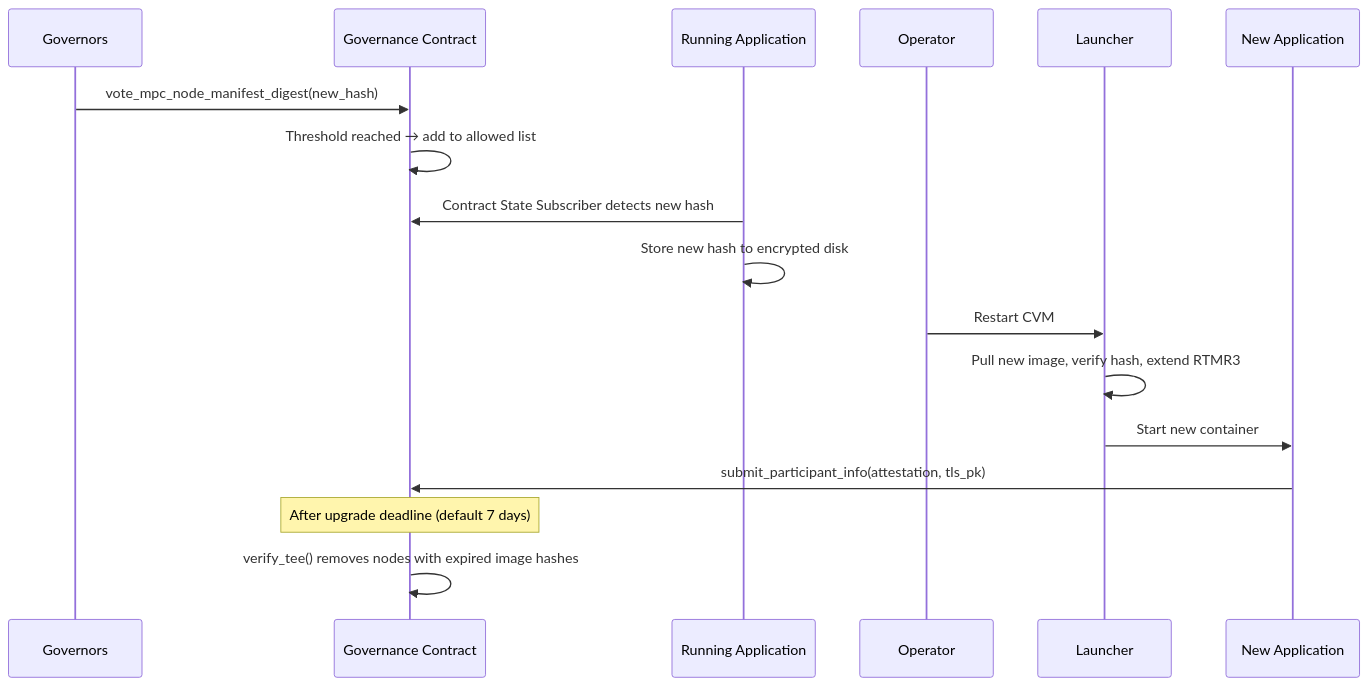
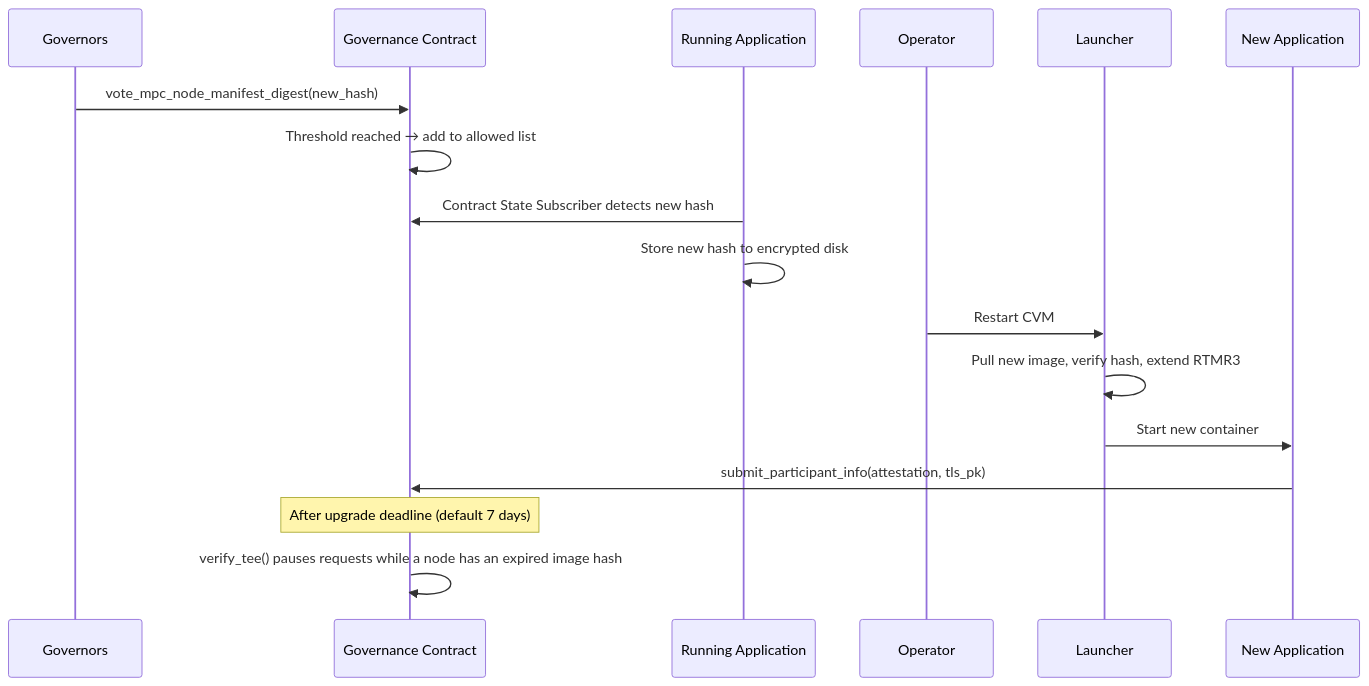
The fourth of 4 diagrams in docs/design/tee-lifecycle.md (near/mpc), drawn with Mermaid before and after one commit. The commit also changed other lines of this file and 13 other files, not shown here.

````diff
--- a/docs/design/tee-lifecycle.md
+++ b/docs/design/tee-lifecycle.md
@@ -266,24 +266,24 @@
 ```mermaid
 sequenceDiagram
     participant GOV as Governors
     participant SC as Governance Contract
     participant APP as Running Application
     participant OP as Operator
     participant LA as Launcher
     participant NEW as New Application
 
     GOV ->> SC: vote_mpc_node_manifest_digest(new_hash)
     SC ->> SC: Threshold reached → add to allowed list
 
     APP ->> SC: Contract State Subscriber detects new hash
     APP ->> APP: Store new hash to encrypted disk
 
     OP ->> LA: Restart CVM
     LA ->> LA: Pull new image, verify hash, extend RTMR3
     LA ->> NEW: Start new container
 
     NEW ->> SC: submit_participant_info(attestation, tls_pk)
 
     Note over SC: After upgrade deadline (default 7 days)
-    SC ->> SC: verify_tee() removes nodes with expired image hashes
+    SC ->> SC: verify_tee() pauses requests while a node has an expired image hash
 ```
````
